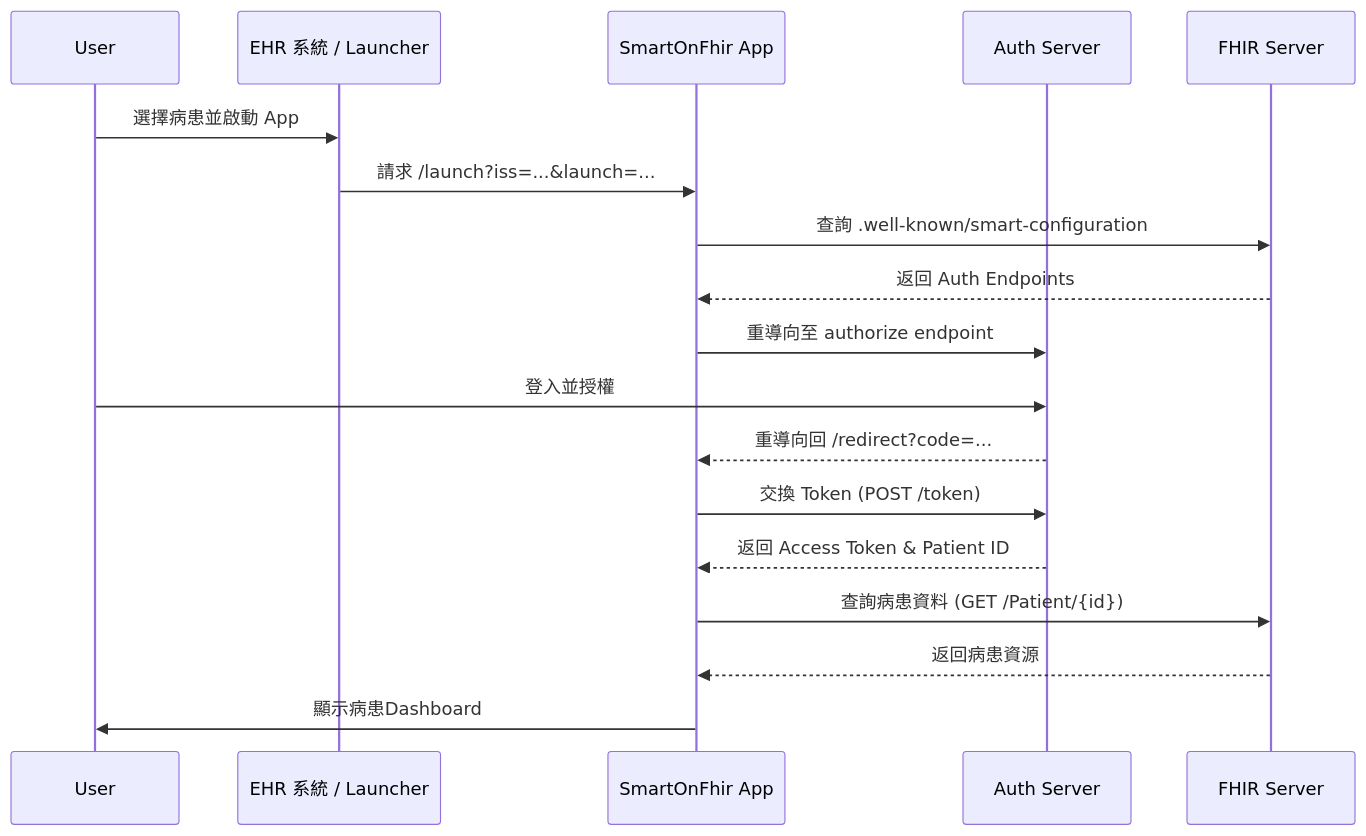
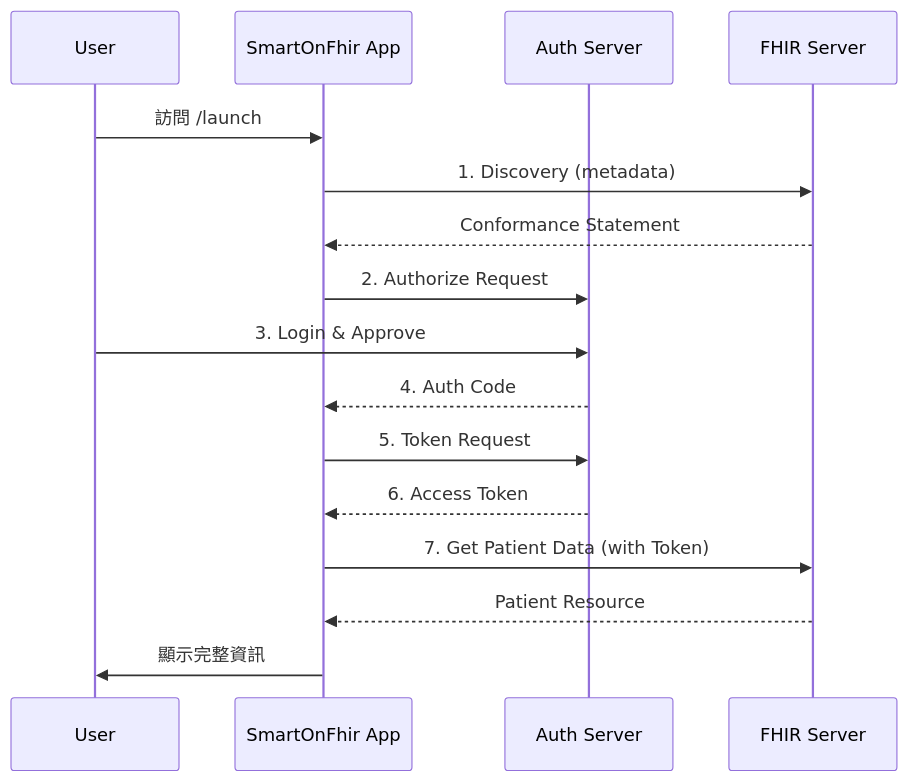
Before and after one commit to ntuh-melandz/ntuh-melandz.github.io: the third of 3 diagrams in README.md, drawn with Mermaid. The commit also changed other lines of this file, not shown here.

Commit message:
docs: Refine README Mermaid diagram layout

````diff
--- a/README.md
+++ b/README.md
@@ -65,21 +146,19 @@
 ```mermaid
 sequenceDiagram
     participant User
-    participant EHR as EHR 系統 / Launcher
     participant App as SmartOnFhir App
     participant Auth as Auth Server
     participant FHIR as FHIR Server
 
-    User->>EHR: 選擇病患並啟動 App
-    EHR->>App: 請求 /launch?iss=...&launch=...
-    App->>FHIR: 查詢 .well-known/smart-configuration
-    FHIR-->>App: 返回 Auth Endpoints
-    App->>Auth: 重導向至 authorize endpoint
-    User->>Auth: 登入並授權
-    Auth-->>App: 重導向回 /redirect?code=...
-    App->>Auth: 交換 Token (POST /token)
-    Auth-->>App: 返回 Access Token & Patient ID
-    App->>FHIR: 查詢病患資料 (GET /Patient/{id})
-    FHIR-->>App: 返回病患資源
-    App->>User: 顯示病患Dashboard
+    User->>App: 訪問 /launch
+    App->>FHIR: 1. Discovery (metadata)
+    FHIR-->>App: Conformance Statement
+    App->>Auth: 2. Authorize Request
+    User->>Auth: 3. Login & Approve
+    Auth-->>App: 4. Auth Code
+    App->>Auth: 5. Token Request
+    Auth-->>App: 6. Access Token
+    App->>FHIR: 7. Get Patient Data (with Token)
+    FHIR-->>App: Patient Resource
+    App->>User: 顯示完整資訊
 ```
````
